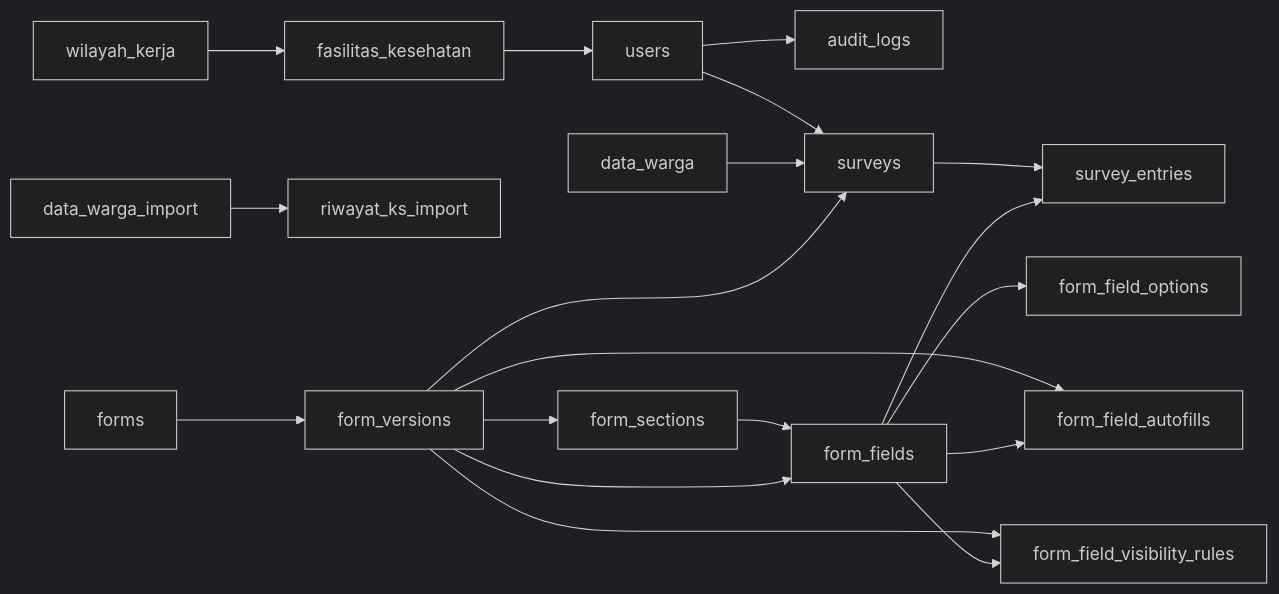
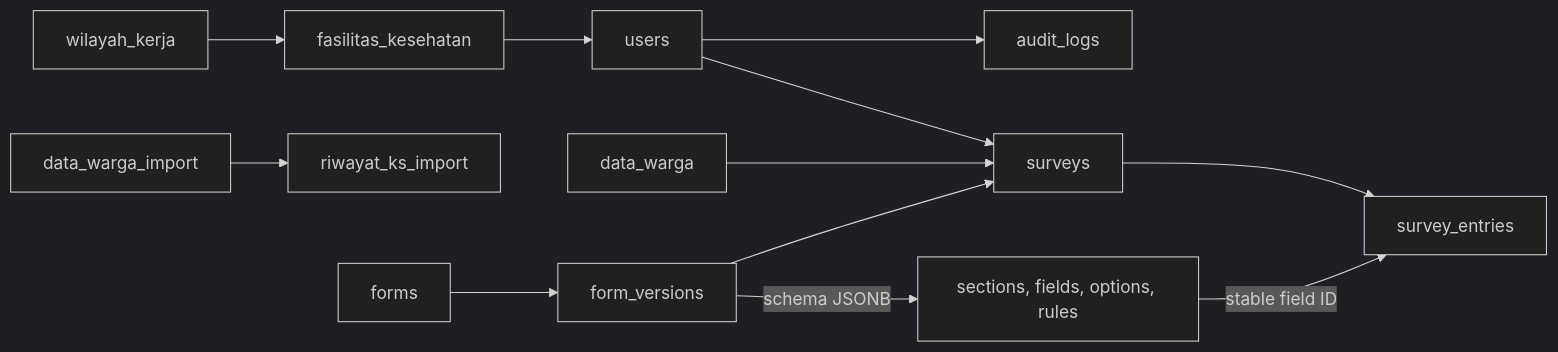
One commit to dashboardpws/Dashboard-PWS changed the diagram in DATABASE_SCHEMA.md. Above: the diagram before and after it, drawn with Mermaid (dark theme). The commit also changed other lines of this file and 48 other files, not shown here.

Commit message:
refactor: formbuilder to schema jsonb

````diff
--- a/DATABASE_SCHEMA.md
+++ b/DATABASE_SCHEMA.md
@@ -11,22 +11,15 @@
 ```mermaid
 flowchart LR
   Wilayah[wilayah_kerja] --> Faskes[fasilitas_kesehatan]
   Faskes --> Users[users]
   Users --> Audit[audit_logs]
   Users --> Surveys[surveys]
   DataWarga[data_warga] --> Surveys
   Imports[data_warga_import] --> Riwayat[riwayat_ks_import]
 
   Forms[forms] --> Versions[form_versions]
-  Versions --> Sections[form_sections]
-  Sections --> Fields[form_fields]
-  Versions --> Fields
-  Fields --> Options[form_field_options]
-  Versions --> Autofill[form_field_autofills]
-  Versions --> Visibility[form_field_visibility_rules]
-  Fields --> Autofill
-  Fields --> Visibility
+  Versions -->|schema JSONB| Definitions[sections, fields, options, rules]
   Versions --> Surveys
   Surveys --> Entries[survey_entries]
-  Fields --> Entries
+  Definitions -->|stable field ID| Entries
 ```
````
